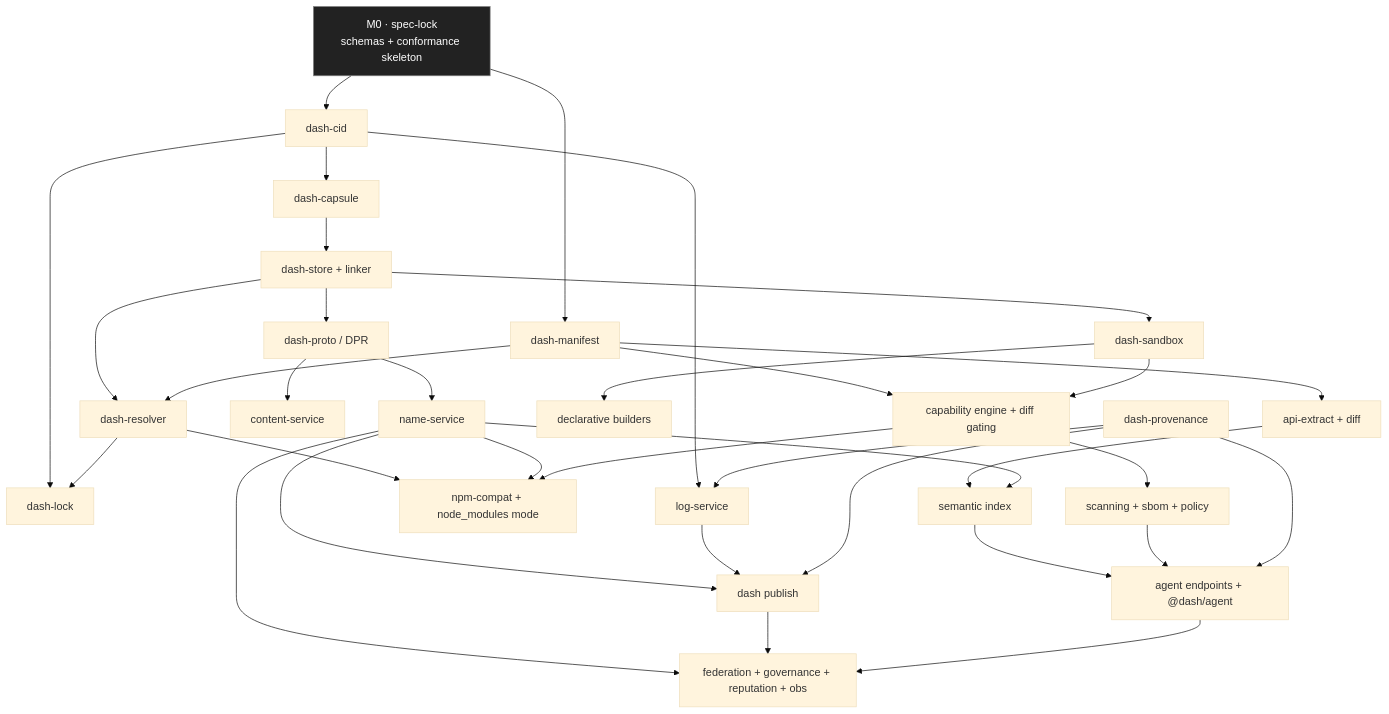
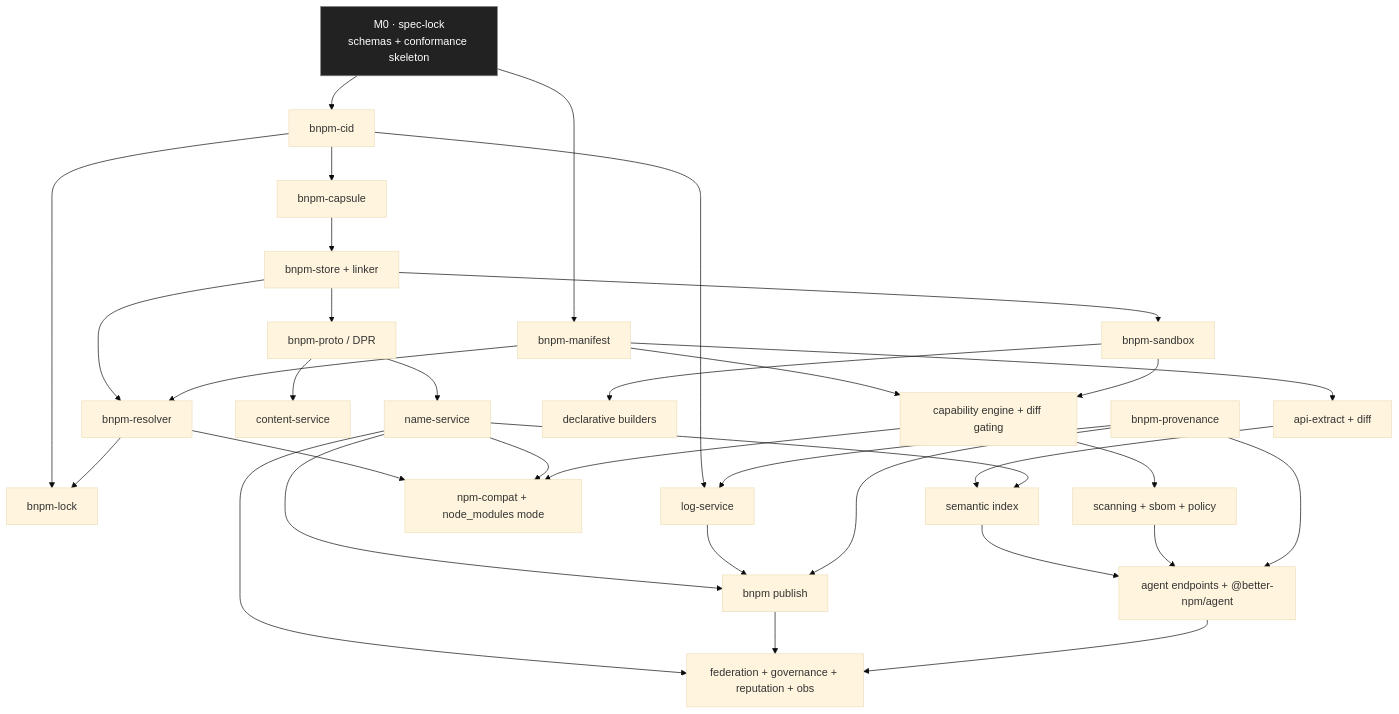
One commit to gabrielvfonseca/better-npm changed the diagram in docs/plan/BUILD-PLAN.md. Above: the diagram before and after it, drawn with Mermaid (base theme). The commit also changed other lines of this file and 368 other files, not shown here.

````diff
--- a/docs/plan/BUILD-PLAN.md
+++ b/docs/plan/BUILD-PLAN.md
@@ -149,59 +149,59 @@
 ```mermaid
 flowchart TD
   M0[M0 · spec-lock<br/>schemas + conformance skeleton]:::gate
 
-  CID[dash-cid]
-  CAP[dash-capsule]
-  STORE[dash-store + linker]
-  MAN[dash-manifest]
-  RES[dash-resolver]
-  LOCK[dash-lock]
-  PROTO[dash-proto / DPR]
+  CID[bnpm-cid]
+  CAP[bnpm-capsule]
+  STORE[bnpm-store + linker]
+  MAN[bnpm-manifest]
+  RES[bnpm-resolver]
+  LOCK[bnpm-lock]
+  PROTO[bnpm-proto / DPR]
   NAME[name-service]
   LOG[log-service]
   CONTENT[content-service]
-  PROV[dash-provenance]
-  PUB[dash publish]
-  SAND[dash-sandbox]
+  PROV[bnpm-provenance]
+  PUB[bnpm publish]
+  SAND[bnpm-sandbox]
   BUILDERS[declarative builders]
   CAPENG[capability engine + diff gating]
   SCAN[scanning + sbom + policy]
   BRIDGE[npm-compat + node_modules mode]
   APIX[api-extract + diff]
   IDX[semantic index]
-  AGENT[agent endpoints + @dash/agent]
+  AGENT[agent endpoints + @better-npm/agent]
   FED[federation + governance + reputation + obs]
 
   M0 --> CID --> CAP --> STORE
   M0 --> MAN
   CID --> LOCK
   STORE --> RES
   MAN --> RES
   RES --> LOCK
   STORE --> PROTO
   PROTO --> NAME
   PROTO --> CONTENT
   CID --> LOG
   PROV --> LOG
   NAME --> PUB
   LOG --> PUB
   PROV --> PUB
   STORE --> SAND --> BUILDERS
   MAN --> CAPENG
   SAND --> CAPENG
   CAPENG --> SCAN
   RES --> BRIDGE
   NAME --> BRIDGE
   CAPENG --> BRIDGE
   MAN --> APIX
   APIX --> IDX
   NAME --> IDX
   IDX --> AGENT
   SCAN --> AGENT
   PROV --> AGENT
   NAME --> FED
   PUB --> FED
   AGENT --> FED
 
   classDef gate fill:#222,color:#fff,stroke:#888;
 ```
````
